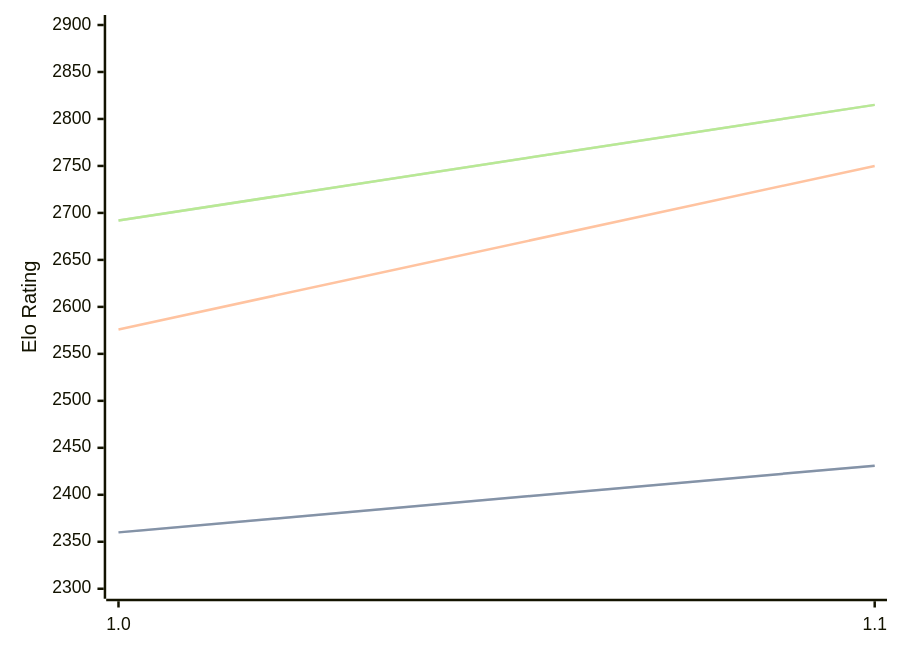
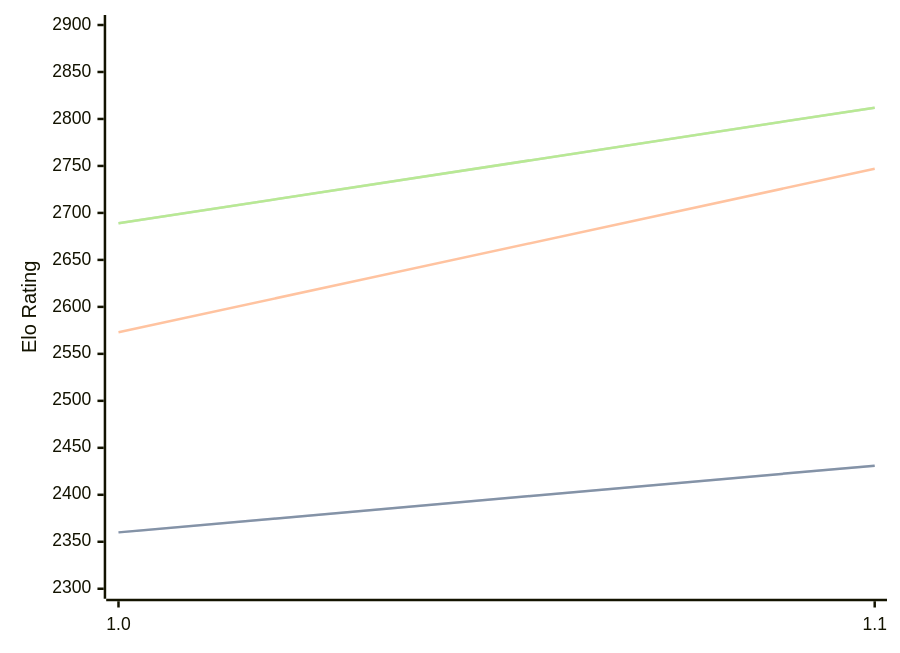
Before and after one commit to computer-chess-index/cci: the diagram in engines/FoxChess.md, drawn with Mermaid. The commit also changed other lines of this file, not shown here.

Commit message:
Update CCI Ratings (ELO VLTC) - 2026-04-23

````diff
--- a/engines/FoxChess.md
+++ b/engines/FoxChess.md
@@ -32,11 +32,11 @@
 ```mermaid
 %%{init: {"theme":"base","themeVariables":{"seriesColors:['#a3a3a3','#222221','#faa371']}}}%%
 xychart-beta
   x-axis ["1.0", "1.1"]
   y-axis "Elo Rating" 2300 --> 2900
   line "STC (8.0+0.08s)" [2360, 2431]
   line "STC (8.0+0.08s)" [2360, 2431]
-  line "LTC (60.0+0.60s)" [2576, 2750]
-  line "VLTC (2m24s+1.12s)" [2692, 2815]
-  line "VLTC (2m24s+1.12s)" [2692, 2815]
+  line "LTC (60.0+0.60s)" [2573, 2747]
+  line "VLTC (2m24s+1.12s)" [2689, 2812]
+  line "VLTC (2m24s+1.12s)" [2689, 2812]
 ```
````
